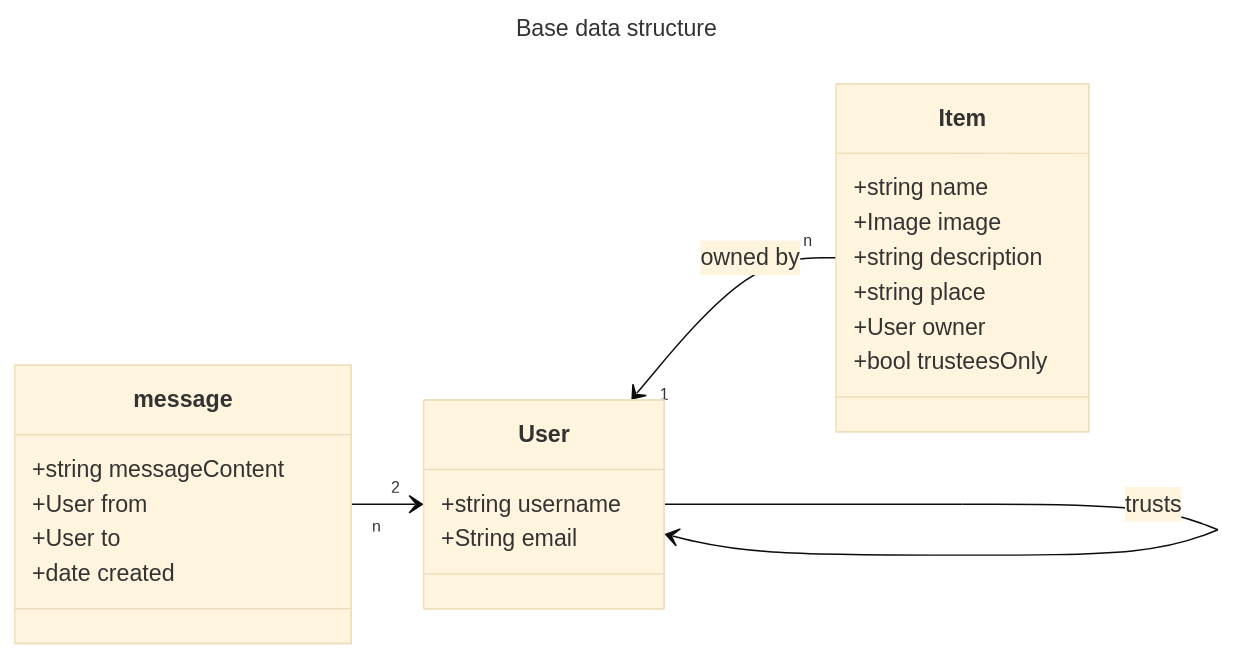
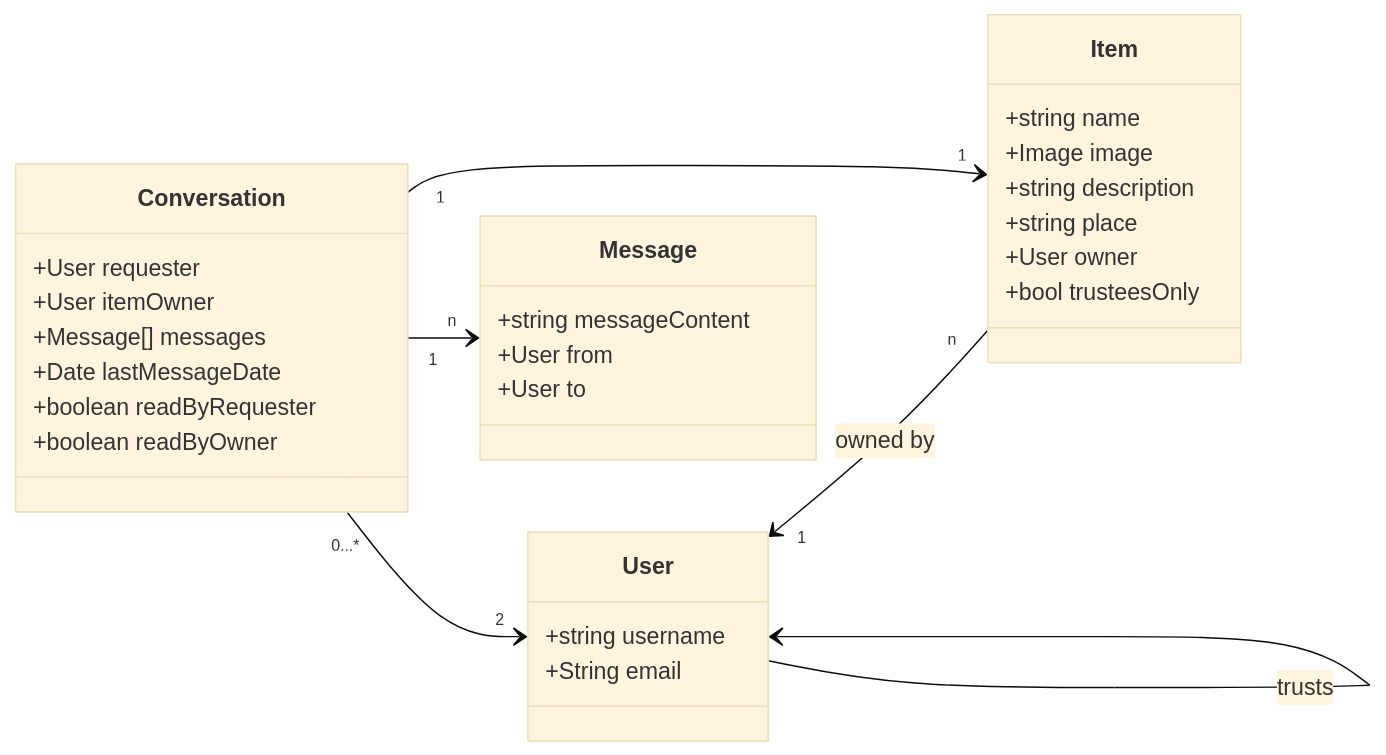
Before and after one commit to share-open-sharing-infrastructure/share-mvp: the diagram in docs/domain-model.md, drawn with Mermaid (base theme). The commit also changed other lines of this file and 2 other files, not shown here.

````diff
--- a/docs/domain-model.md
+++ b/docs/domain-model.md
@@ -7,31 +8,39 @@
 ```mermaid
----
-title: Base data structure
----
+
 classDiagram
     direction LR
 
     class User{
         +string username
         +String email
     }
     User --> User : trusts
 
     class Item{
         +string name
         +Image image
         +string description
         +string place
         +User owner <!-- this is currently misnamed, have to adapt in DB and then in code -->
         +bool trusteesOnly
     }
     User "1" <-- "n" Item : owned by
 
-    class message{
+    class Message{
         +string messageContent
         +User from
         +User to
-        +date created
     }
-    message "n" --> "2" User
+
+    class Conversation{
+        +User requester
+        +User itemOwner
+        +Message[] messages
+        +Date lastMessageDate
+        +boolean readByRequester
+        +boolean readByOwner
+    }
+    Conversation "1" --> "n" Message
+    Conversation "0...*" --> "2" User
+    Conversation "1" --> "1" Item
 ```
````
